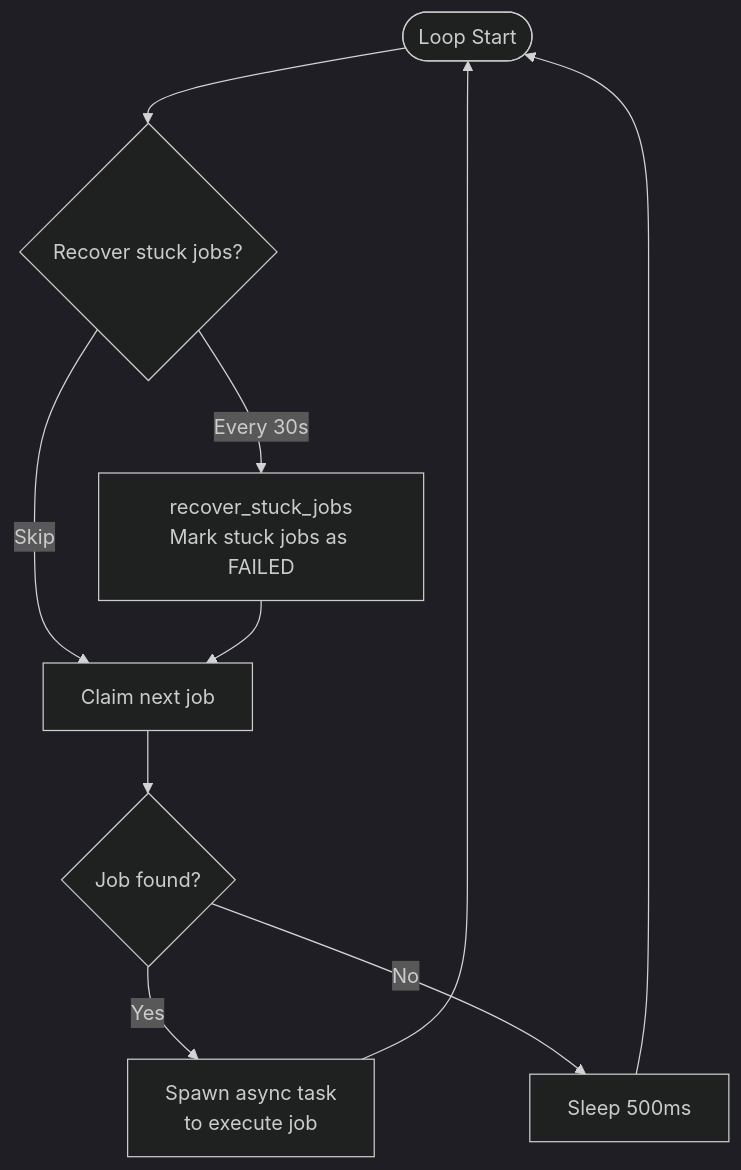
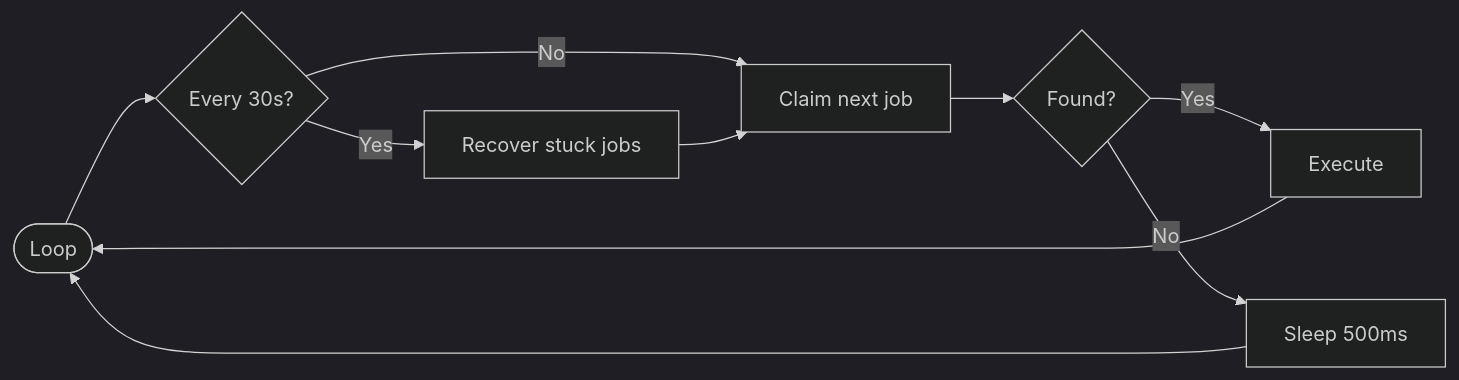
The second of 5 diagrams in README.md (mo1ein/qq), drawn with Mermaid (dark theme) before and after one commit. The commit also changed other lines of this file and 9 other files, not shown here.

````diff
--- a/README.md
+++ b/README.md
@@ -42,12 +40,12 @@
 ```mermaid
-flowchart TD
-    START([Loop Start]) --> RECOVER{Recover stuck jobs?}
-    RECOVER -->|Every 30s| RS[recover_stuck_jobs<br/>Mark stuck jobs as FAILED]
-    RECOVER -->|Skip| CLAIM
+flowchart LR
+    START([Loop]) --> RECOVER{Every 30s?}
+    RECOVER -->|Yes| RS[Recover stuck jobs]
+    RECOVER -->|No| CLAIM
     RS --> CLAIM
-    CLAIM[Claim next job] --> FOUND{Job found?}
-    FOUND -->|Yes| SPAWN[Spawn async task<br/>to execute job]
+    CLAIM[Claim next job] --> FOUND{Found?}
+    FOUND -->|Yes| EXEC[Execute]
     FOUND -->|No| SLEEP[Sleep 500ms]
-    SPAWN --> START
+    EXEC --> START
     SLEEP --> START
 ```
````
